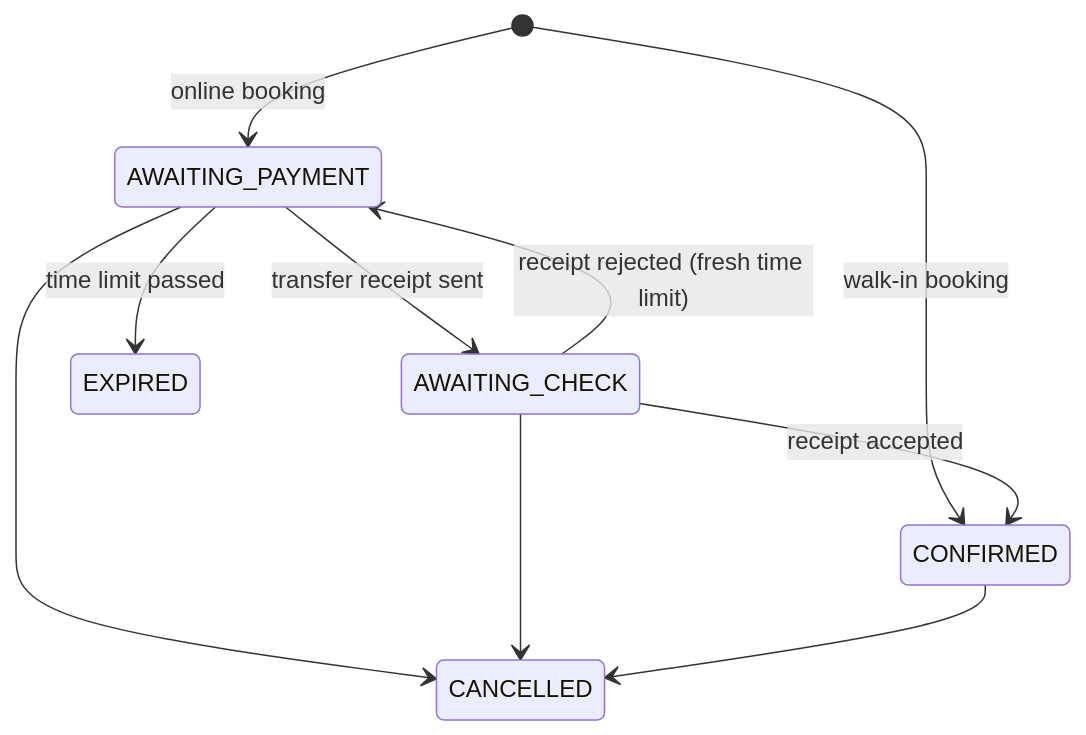
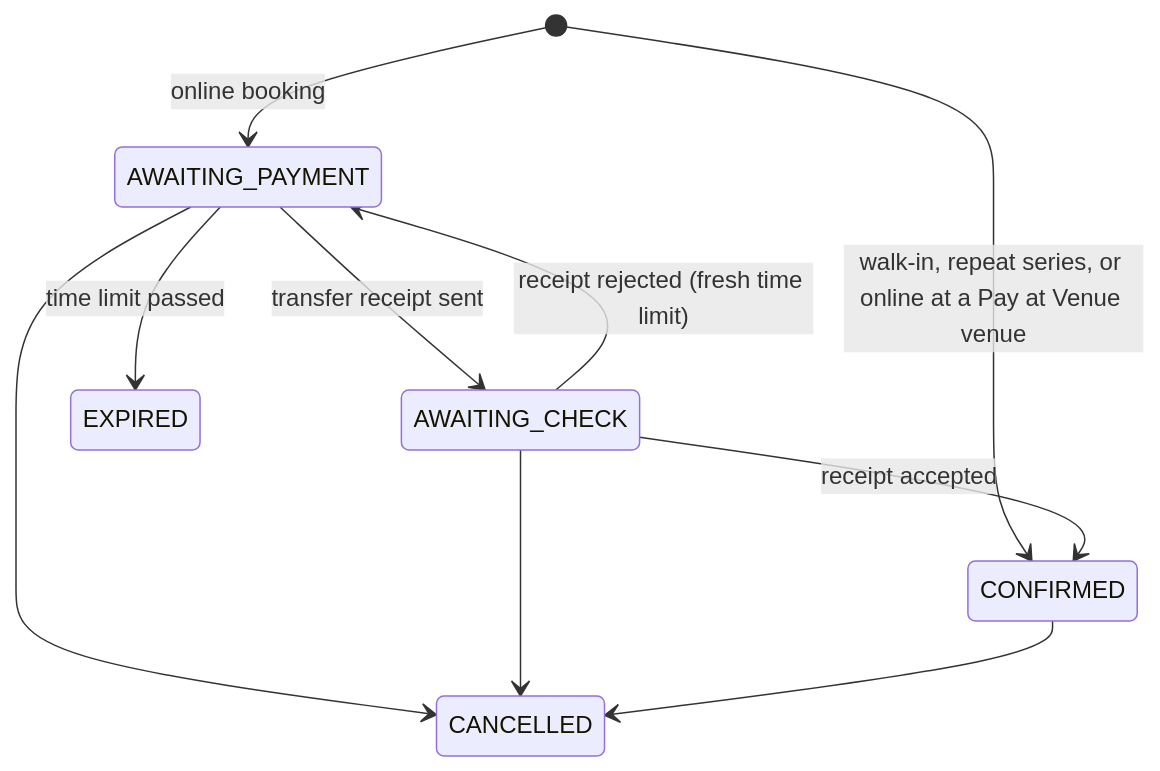
Before and after one commit to Nasrullaunais/Merivo-Turftap: the first of 2 diagrams in docs/architecture/payments.md, drawn with Mermaid. The commit also changed other lines of this file and 53 other files, not shown here.

````diff
--- a/docs/architecture/payments.md
+++ b/docs/architecture/payments.md
@@ -7,12 +7,12 @@
 ```mermaid
 stateDiagram-v2
   [*] --> AWAITING_PAYMENT: online booking
-  [*] --> CONFIRMED: walk-in booking
+  [*] --> CONFIRMED: walk-in, repeat series, or online at a Pay at Venue venue
   AWAITING_PAYMENT --> AWAITING_CHECK: transfer receipt sent
   AWAITING_PAYMENT --> EXPIRED: time limit passed
   AWAITING_CHECK --> CONFIRMED: receipt accepted
   AWAITING_CHECK --> AWAITING_PAYMENT: receipt rejected (fresh time limit)
   AWAITING_PAYMENT --> CANCELLED
   AWAITING_CHECK --> CANCELLED
   CONFIRMED --> CANCELLED
 ```
````
